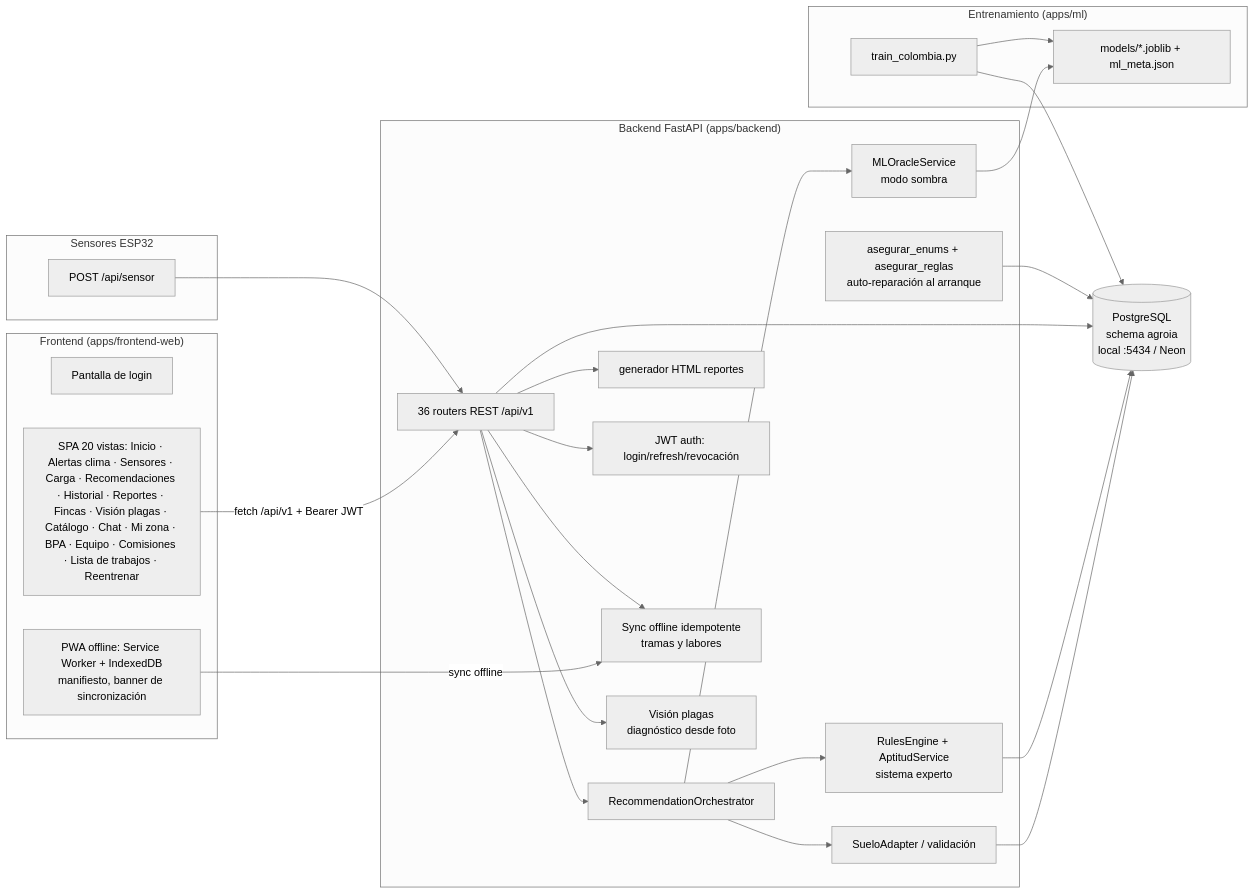
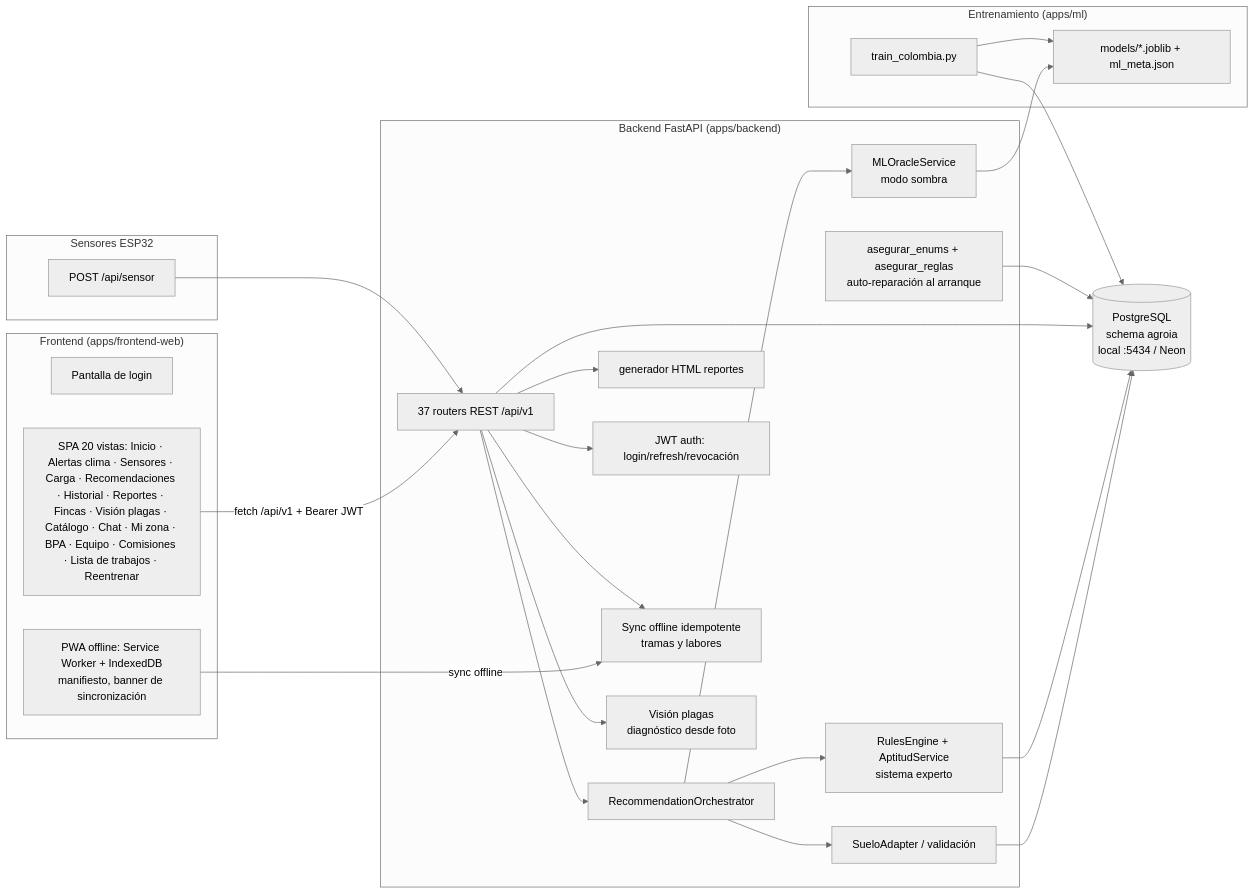
The first of 2 diagrams in resources/architecture/Documento_Funcional_Tecnico_AgroIA.md (erick880709/Agro-ia), drawn with Mermaid (neutral theme) before and after one commit. The commit also changed other lines of this file and 7 other files, not shown here.

````diff
--- a/resources/architecture/Documento_Funcional_Tecnico_AgroIA.md
+++ b/resources/architecture/Documento_Funcional_Tecnico_AgroIA.md
@@ -64,44 +64,44 @@
 ```mermaid
 flowchart LR
   subgraph Frontend["Frontend (apps/frontend-web)"]
     LOGIN[Pantalla de login]
     UI[SPA 20 vistas: Inicio · Alertas clima · Sensores · Carga · Recomendaciones · Historial · Reportes · Fincas · Visión plagas · Catálogo · Chat · Mi zona · BPA · Equipo · Comisiones · Lista de trabajos · Reentrenar]
     PWA[PWA offline: Service Worker + IndexedDB<br/>manifiesto, banner de sincronización]
   end
   subgraph Backend["Backend FastAPI (apps/backend)"]
-    API[36 routers REST /api/v1]
+    API[37 routers REST /api/v1]
     ORCH[RecommendationOrchestrator]
     RULES[RulesEngine + AptitudService<br/>sistema experto]
     ML[MLOracleService<br/>modo sombra]
     ADAPTER[SueloAdapter / validación]
     REPORTES[generador HTML reportes]
     ENUMS[asegurar_enums + asegurar_reglas<br/>auto-reparación al arranque]
     JWT[JWT auth: login/refresh/revocación]
     SYNC[Sync offline idempotente<br/>tramas y labores]
     VISION[Visión plagas<br/>diagnóstico desde foto]
   end
   subgraph ML_Train["Entrenamiento (apps/ml)"]
     TRAIN[train_colombia.py]
     ARTIFACTS[models/*.joblib + ml_meta.json]
   end
   subgraph IoT["Sensores ESP32"]
     SENSOR[POST /api/sensor]
   end
   DB[(PostgreSQL<br/>schema agroia<br/>local :5434 / Neon)]
 
   UI -->|fetch /api/v1 + Bearer JWT| API
   PWA -->|sync offline| SYNC
   SENSOR --> API
   API --> ORCH
   API --> JWT
   API --> SYNC
   API --> VISION
   ORCH --> ADAPTER --> DB
   ORCH --> RULES --> DB
   ORCH --> ML --> ARTIFACTS
   API --> REPORTES
   API --> DB
   TRAIN --> DB
   TRAIN --> ARTIFACTS
   ENUMS --> DB
 ```
````
